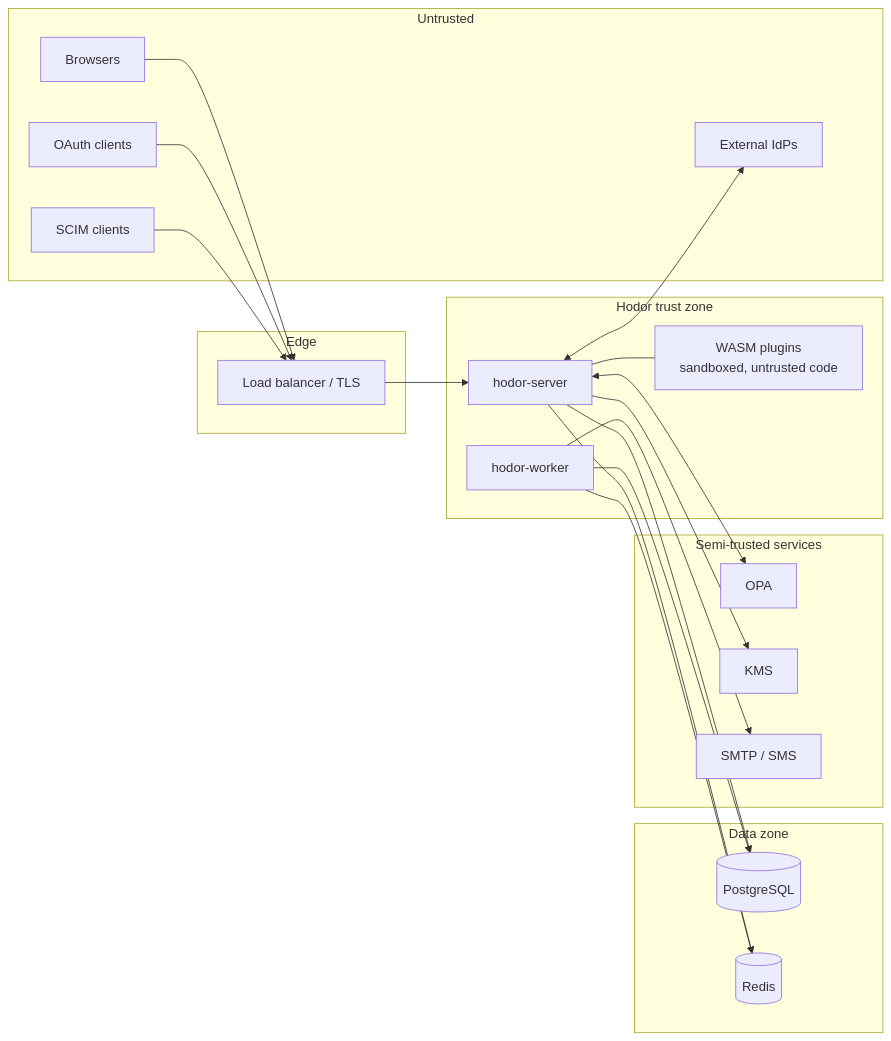
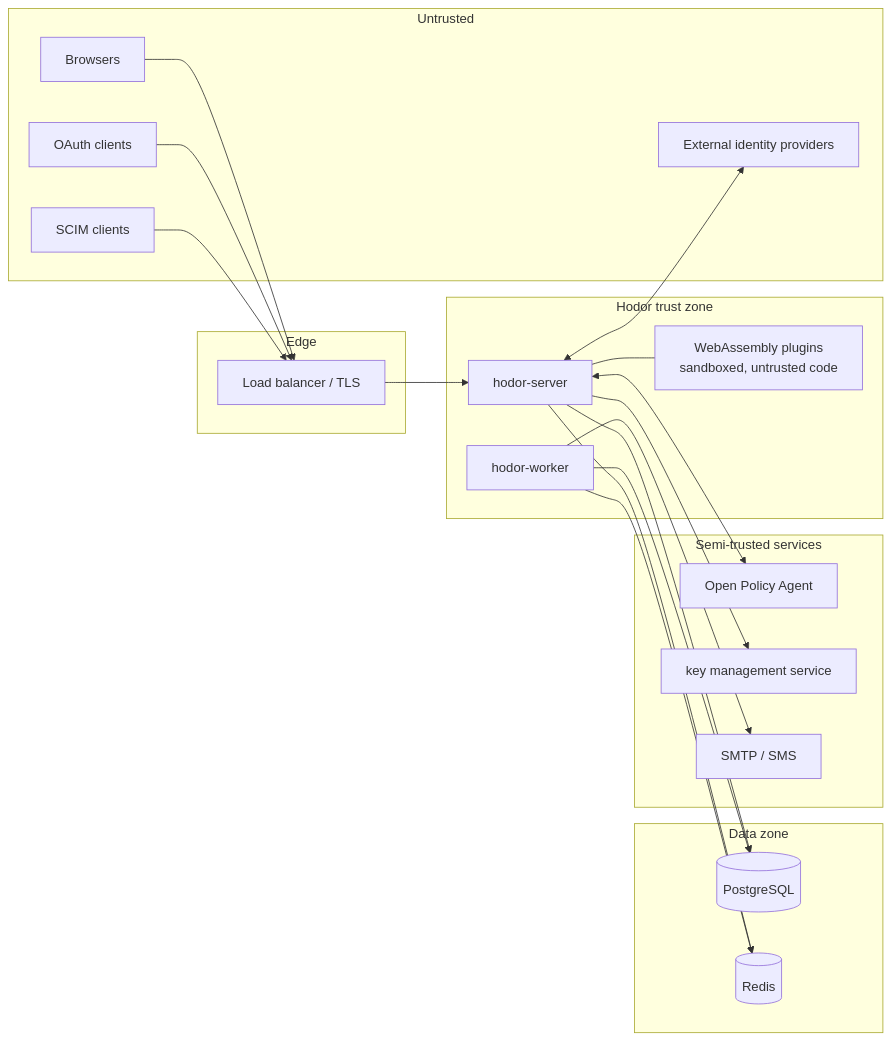
The diagram in docs/security/threat-model.md (ortisun/hodor), drawn with Mermaid before and after one commit. The commit also changed other lines of this file and 48 other files, not shown here.

````diff
--- a/docs/security/threat-model.md
+++ b/docs/security/threat-model.md
@@ -19,37 +19,37 @@
 ```mermaid
 flowchart LR
     subgraph internet["Untrusted"]
-        ua["Browsers"]
+        browsers["Browsers"]
         clients["OAuth clients"]
-        idps["External IdPs"]
+        identityProviders["External identity providers"]
         scim["SCIM clients"]
     end
     subgraph edge["Edge"]
-        lb["Load balancer / TLS"]
+        loadBalancer["Load balancer / TLS"]
     end
     subgraph app["Hodor trust zone"]
         server["hodor-server"]
         worker["hodor-worker"]
-        wasm["WASM plugins<br/>sandboxed, untrusted code"]
+        plugins["WebAssembly plugins<br/>sandboxed, untrusted code"]
     end
     subgraph data["Data zone"]
-        pg[("PostgreSQL")]
+        postgres[("PostgreSQL")]
         redis[("Redis")]
     end
-    subgraph semi["Semi-trusted services"]
-        opa["OPA"]
-        kms["KMS"]
-        smtp["SMTP / SMS"]
+    subgraph semiTrusted["Semi-trusted services"]
+        policyAgent["Open Policy Agent"]
+        keyService["key management service"]
+        mail["SMTP / SMS"]
     end
-    ua --> lb
-    clients --> lb
-    scim --> lb
-    lb --> server
-    server <--> idps
-    server --> pg & redis
-    worker --> pg & redis
-    server <--> opa
-    server --> kms
-    worker --> smtp
-    server --- wasm
+    browsers --> loadBalancer
+    clients --> loadBalancer
+    scim --> loadBalancer
+    loadBalancer --> server
+    server <--> identityProviders
+    server --> postgres & redis
+    worker --> postgres & redis
+    server <--> policyAgent
+    server --> keyService
+    worker --> mail
+    server --- plugins
 ```
````
